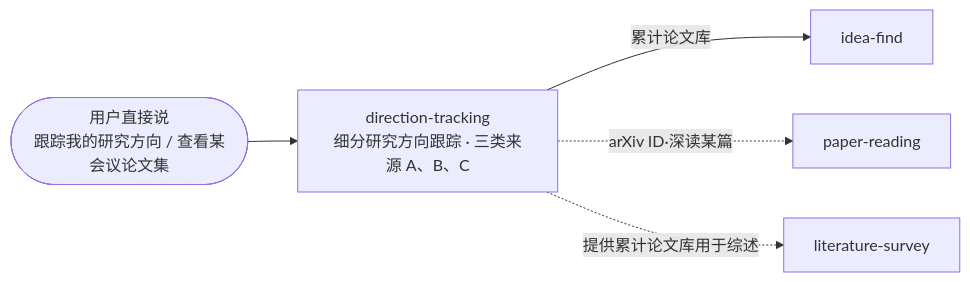
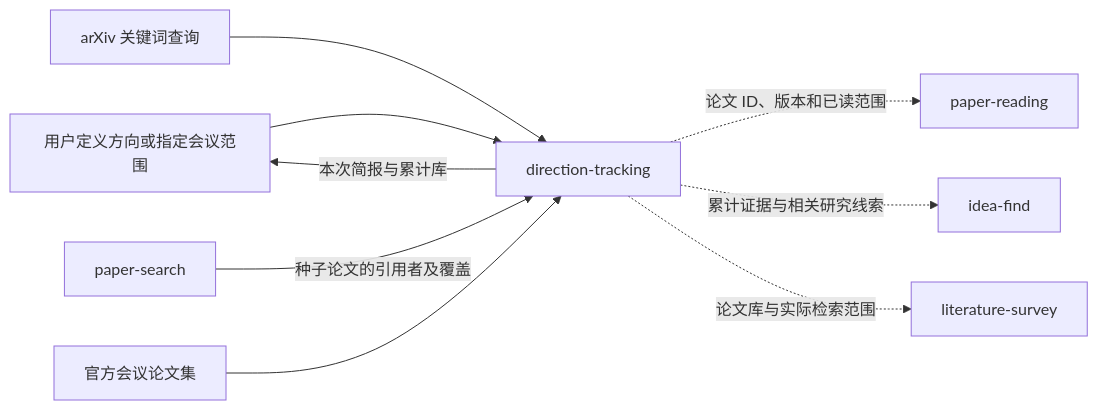
Before and after one commit to jackwang0108/dl-assistant: the first of 2 diagrams in plugins/dl-assistant/skills/direction-tracking/SKILL.md, drawn with Mermaid. The commit also changed other lines of this file and 7 other files, not shown here.

````diff
--- a/plugins/dl-assistant/skills/direction-tracking/SKILL.md
+++ b/plugins/dl-assistant/skills/direction-tracking/SKILL.md
@@ -18,8 +12,11 @@
 ```mermaid
 flowchart LR
-    USER(["用户直接说<br/>跟踪我的研究方向 / 查看某会议论文集"]) --> DT
-    DT["direction-tracking<br/>细分研究方向跟踪 · 三类来源 A、B、C"]
-    DT -->|累计论文库| IF[idea-find]
-    DT -.->|arXiv ID·深读某篇| PR[paper-reading]
-    DT -.->|提供累计论文库用于综述| LS[literature-survey]
+    U["用户定义方向或指定会议范围"] --> DT["direction-tracking"]
+    AR["arXiv 关键词查询"] --> DT
+    PS["paper-search"] -->|"种子论文的引用者及覆盖"| DT
+    VEN["官方会议论文集"] --> DT
+    DT -->|"本次简报与累计库"| U
+    DT -.->|"论文 ID、版本和已读范围"| PR["paper-reading"]
+    DT -.->|"累计证据与相关研究线索"| IF["idea-find"]
+    DT -.->|"论文库与实际检索范围"| LS["literature-survey"]
 ```
````
